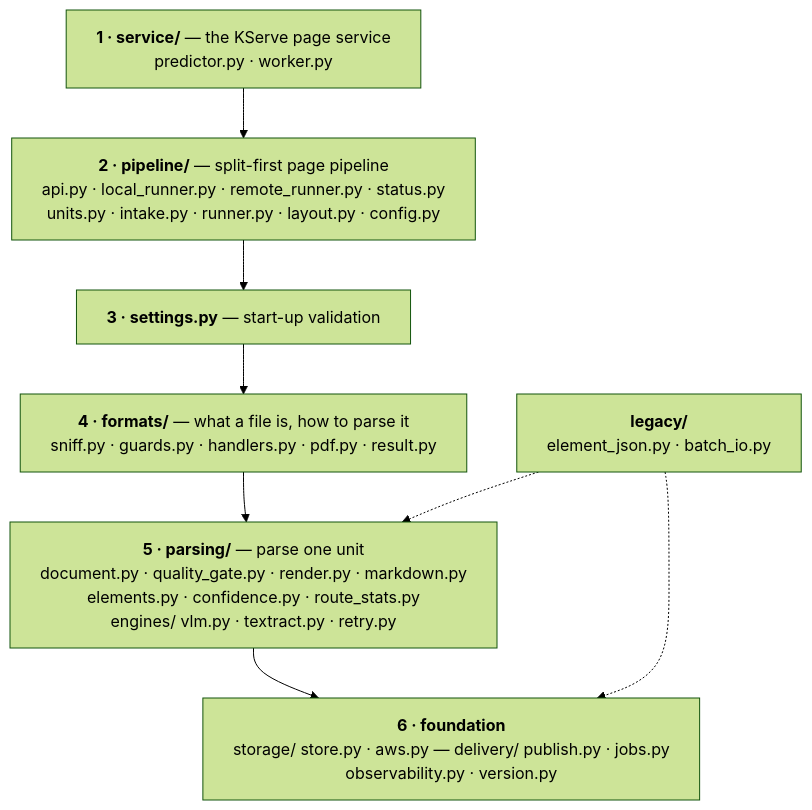
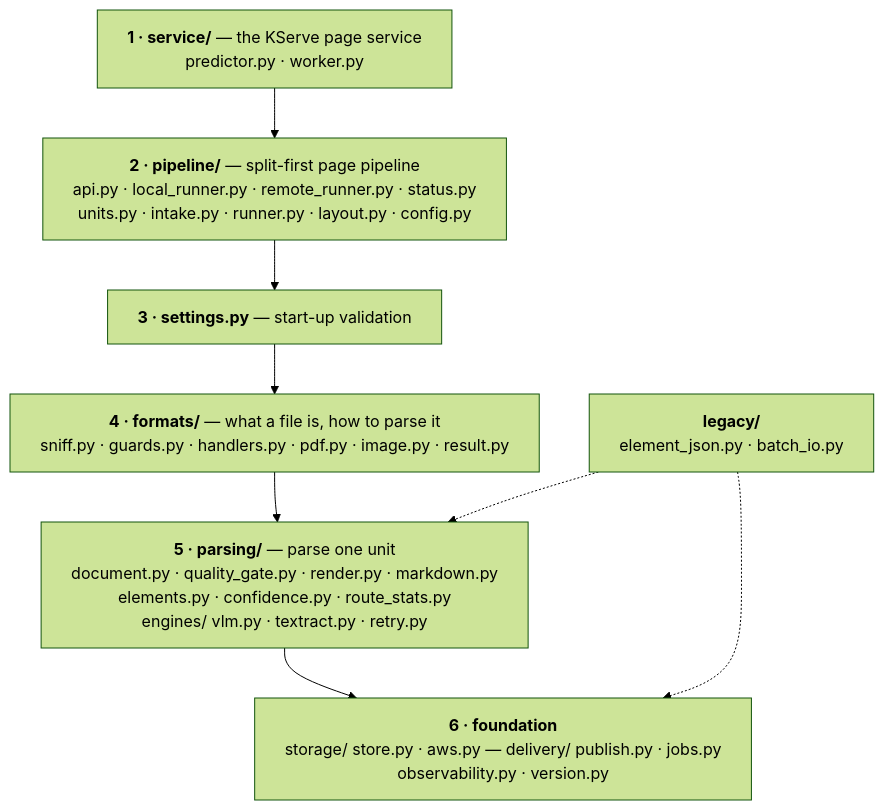
The first of 3 diagrams in docs/architecture.md (anguyenbus/doc-parser), drawn with Mermaid (forest theme) before and after one commit. The commit also changed other lines of this file and 18 other files, not shown here.

````diff
--- a/docs/architecture.md
+++ b/docs/architecture.md
@@ -12,15 +12,15 @@
 ```mermaid
 %%{init: {"flowchart": {"wrappingWidth": 560}}}%%
 flowchart TB
     L1["<b>1 · service/</b> — the KServe page service<br/>predictor.py · worker.py"]
     L2["<b>2 · pipeline/</b> — split-first page pipeline<br/>api.py · local_runner.py · remote_runner.py · status.py<br/>units.py · intake.py · runner.py · layout.py · config.py"]
     L3["<b>3 · settings.py</b> — start-up validation"]
-    L4["<b>4 · formats/</b> — what a file is, how to parse it<br/>sniff.py · guards.py · handlers.py · pdf.py · result.py"]
+    L4["<b>4 · formats/</b> — what a file is, how to parse it<br/>sniff.py · guards.py · handlers.py · pdf.py · image.py · result.py"]
     L5["<b>5 · parsing/</b> — parse one unit<br/>document.py · quality_gate.py · render.py · markdown.py<br/>elements.py · confidence.py · route_stats.py<br/>engines/ vlm.py · textract.py · retry.py"]
     L6["<b>6 · foundation</b><br/>storage/ store.py · aws.py — delivery/ publish.py · jobs.py<br/>observability.py · version.py"]
     LEG["<b>legacy/</b><br/>element_json.py · batch_io.py"]
 
     L1 --> L2 --> L3 --> L4 --> L5 --> L6
     LEG -.-> L5
     LEG -.-> L6
 ```
````
